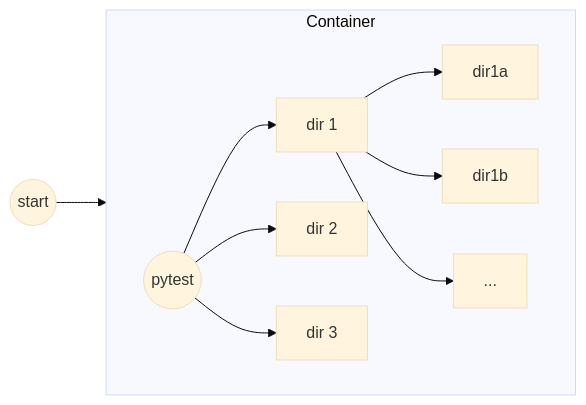
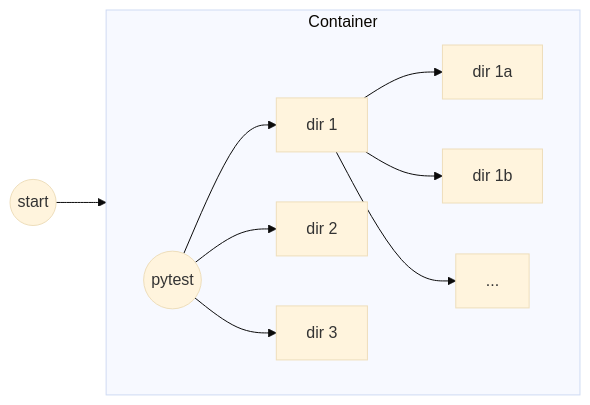
One commit to causify-ai/helpers changed the fourth of 6 diagrams in docs/work_tools/all.runnable_repo.reference.md. Above: the diagram before and after it, drawn with Mermaid (base theme). The commit also changed other lines of this file, not shown here.

````diff
--- a/docs/work_tools/all.runnable_repo.reference.md
+++ b/docs/work_tools/all.runnable_repo.reference.md
@@ -216,15 +216,15 @@
 ```mermaid
 graph LR
   start((start))
   start --> container
   subgraph container[Container]
     direction LR
     pytest((pytest))
     pytest --> dir1[dir 1]
-    dir1 --> dir1a
-    dir1 --> dir1b
+    dir1 --> dir1a[dir 1a]
+    dir1 --> dir1b[dir 1b]
     dir1 --> dir1_other[...]
     pytest --> dir2[dir 2]
     pytest --> dir3[dir 3]
   end
 ```
````
